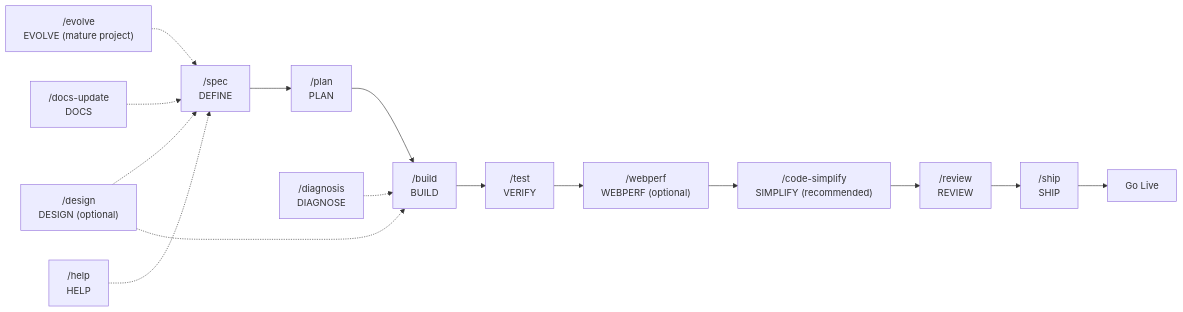
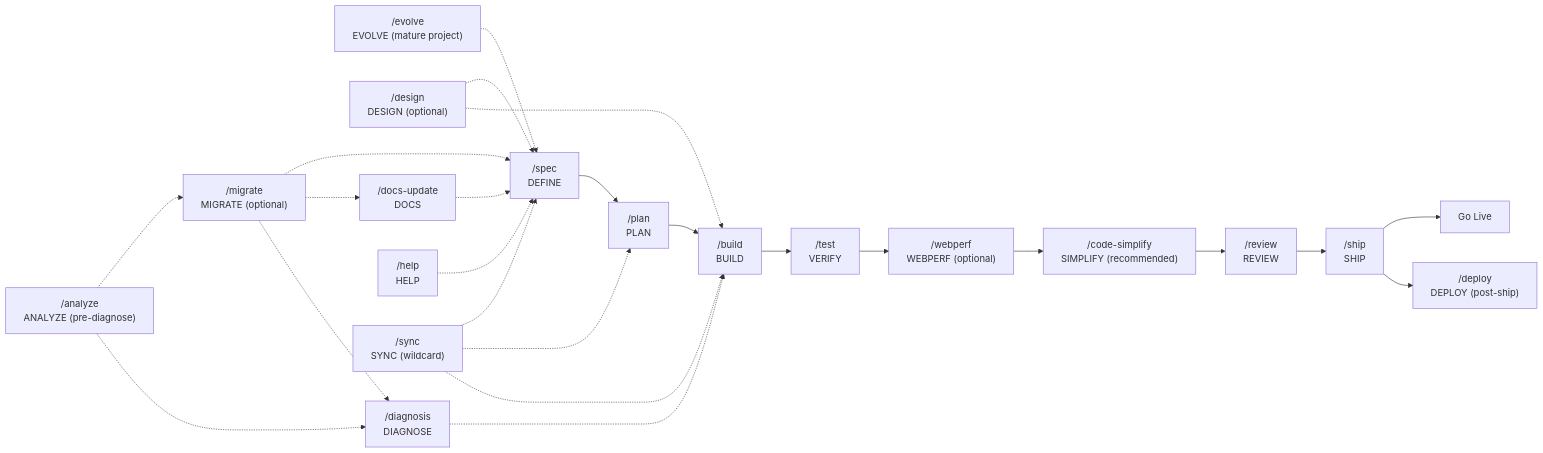
One commit to Fisherk2/codice-opencode changed the diagram in README.md. Above: the diagram before and after it, drawn with Mermaid. The commit also changed other lines of this file and 99 other files, not shown here.

````diff
--- a/README.md
+++ b/README.md
@@ -245,18 +245,27 @@
 ```mermaid
 flowchart LR
     A["/spec<br/>DEFINE"] --> B["/plan<br/>PLAN"]
     B --> C["/build<br/>BUILD"]
     C --> D["/test<br/>VERIFY"]
     D --> E["/webperf<br/>WEBPERF (optional)"]
     E --> F["/code-simplify<br/>SIMPLIFY (recommended)"]
     F --> G["/review<br/>REVIEW"]
     G --> H["/ship<br/>SHIP"]
     H --> I["Go Live"]
+    H --> J2["/deploy<br/>DEPLOY (post-ship)"]
 
     J["/evolve<br/>EVOLVE (mature project)"] -.-> A
     K["/design<br/>DESIGN (optional)"] -.-> A
     K -.-> C
     L["/docs-update<br/>DOCS"] -.-> A
     M["/diagnosis<br/>DIAGNOSE"] -.-> C
     N["/help<br/>HELP"] -.-> A
+    P["/sync<br/>SYNC (wildcard)"] -.-> A
+    P -.-> B
+    P -.-> C
+    Q["/migrate<br/>MIGRATE (optional)"] -.-> A
+    Q -.-> L
+    Q -.-> M
+    R["/analyze<br/>ANALYZE (pre-diagnose)"] -.-> Q
+    R -.-> M
 ```
````
